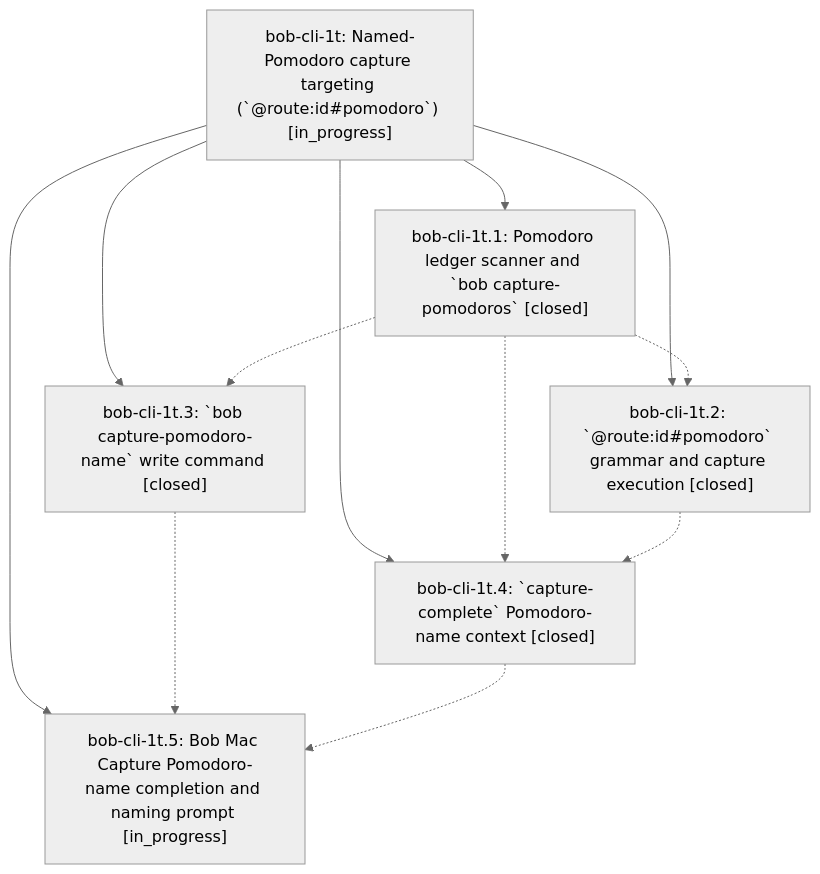
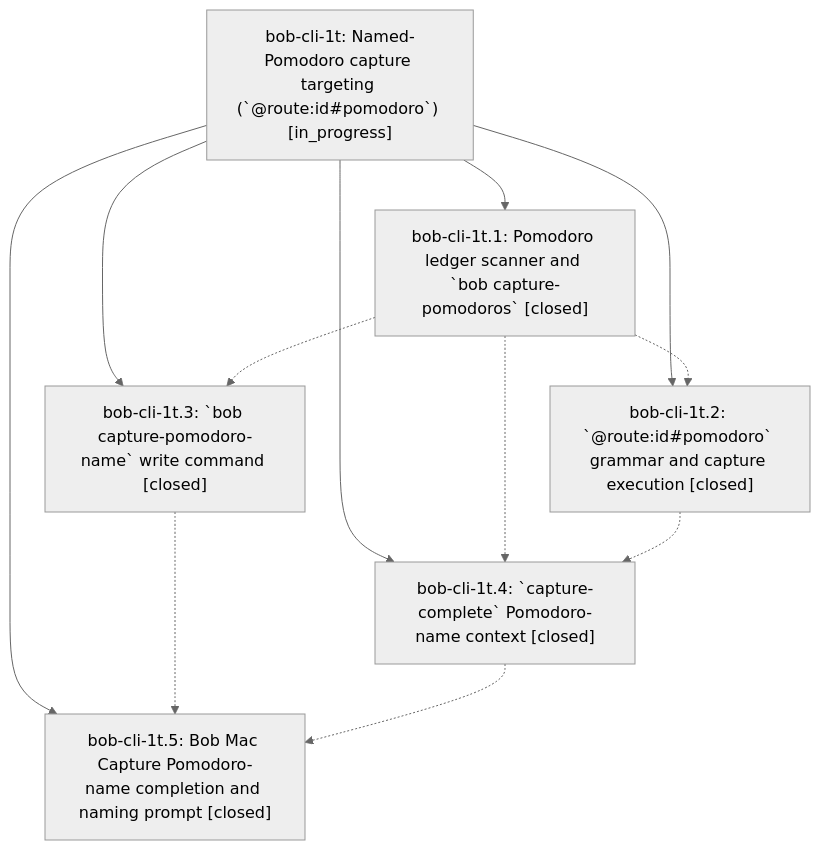
The diagram in pages/bob-cli-1t/README.md (bobs-org/bob-cli--beads), drawn with Mermaid (neutral theme) before and after one commit. The commit also changed other lines of this file and 3 other files, not shown here.

First line of the commit message:
chore(beads): sync bead state and pages for bob-cli-1t

````diff
--- a/pages/bob-cli-1t/README.md
+++ b/pages/bob-cli-1t/README.md
@@ -38,20 +38,20 @@
 ```mermaid
 flowchart TD
     n0["bob-cli-1t: Named-Pomodoro capture targeting (`@route:id#pomodoro`) [in_progress]"]
     n1["bob-cli-1t.1: Pomodoro ledger scanner and `bob capture-pomodoros` [closed]"]
     n2["bob-cli-1t.2: `@route:id#pomodoro` grammar and capture execution [closed]"]
     n3["bob-cli-1t.3: `bob capture-pomodoro-name` write command [closed]"]
     n4["bob-cli-1t.4: `capture-complete` Pomodoro-name context [closed]"]
-    n5["bob-cli-1t.5: Bob Mac Capture Pomodoro-name completion and naming prompt [in_progress]"]
+    n5["bob-cli-1t.5: Bob Mac Capture Pomodoro-name completion and naming prompt [closed]"]
     n0 --> n1
     n0 --> n2
     n0 --> n3
     n0 --> n4
     n0 --> n5
     n1 -.-> n2
     n1 -.-> n3
     n1 -.-> n4
     n2 -.-> n4
     n3 -.-> n5
     n4 -.-> n5
 ```
````
